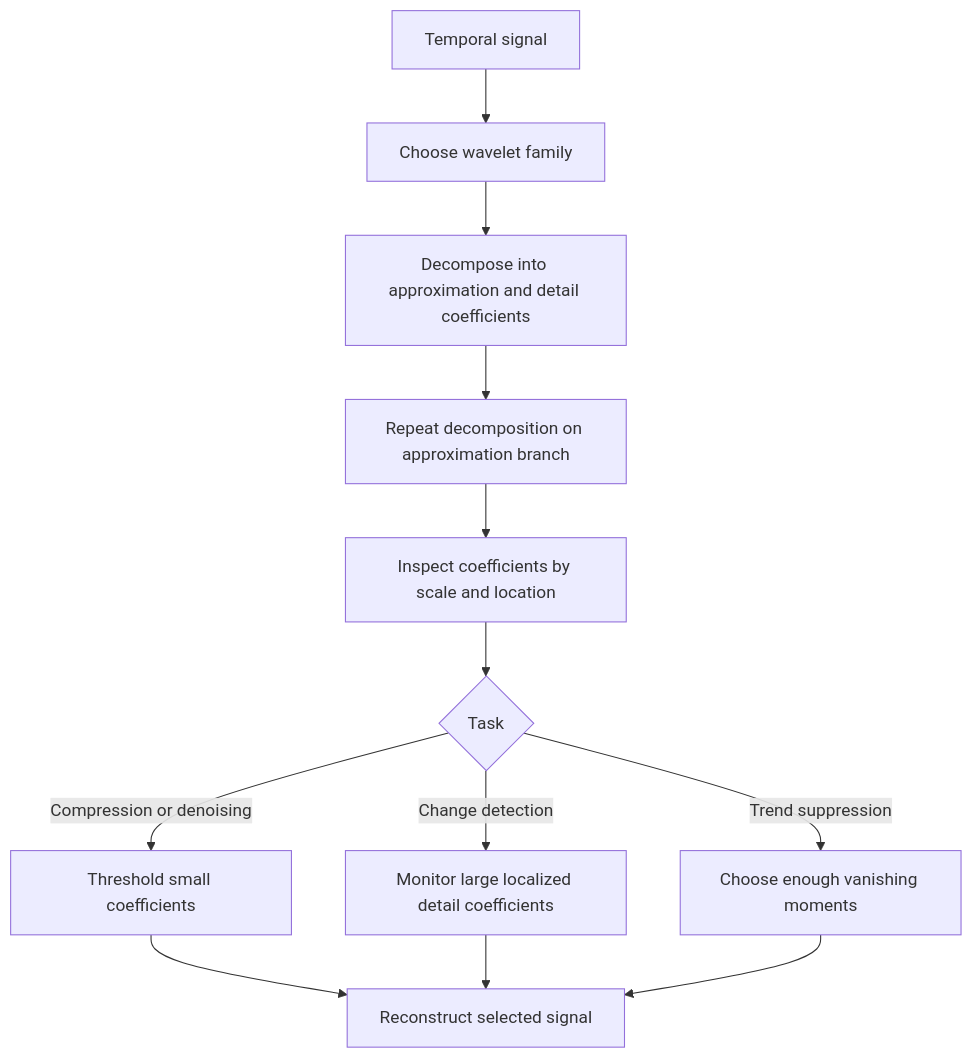
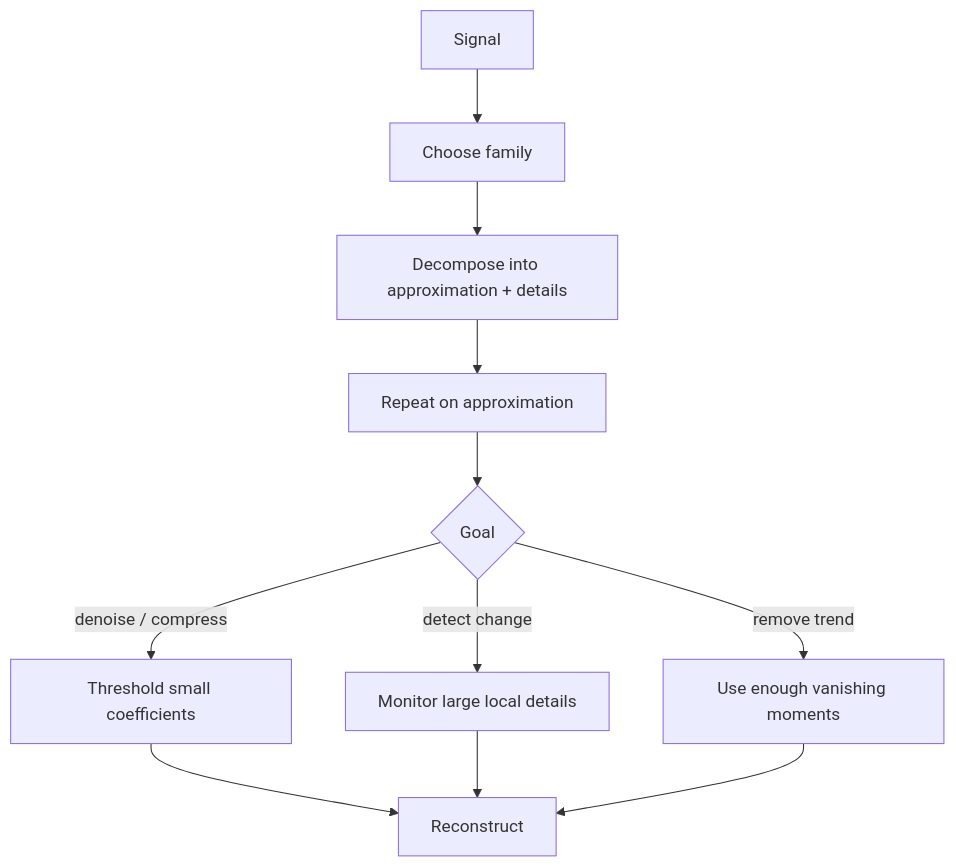
One commit to hhsieh14/AI-courses-notes-reader changed the diagram in courses/modern-temporal-learning/notes/04_wavelets.md. Above: the diagram before and after it, drawn with Mermaid. The commit also changed other lines of this file and 20 other files, not shown here.

````diff
--- a/courses/modern-temporal-learning/notes/04_wavelets.md
+++ b/courses/modern-temporal-learning/notes/04_wavelets.md
@@ -1104,14 +211,13 @@
 ```mermaid
 flowchart TD
-    A[Temporal signal] --> B[Choose wavelet family]
-    B --> C[Decompose into approximation and detail coefficients]
-    C --> D[Repeat decomposition on approximation branch]
-    D --> E[Inspect coefficients by scale and location]
-    E --> F{Task}
-    F -->|Compression or denoising| G[Threshold small coefficients]
-    F -->|Change detection| H[Monitor large localized detail coefficients]
-    F -->|Trend suppression| I[Choose enough vanishing moments]
-    G --> J[Reconstruct selected signal]
-    H --> J
-    I --> J
+    A[Signal] --> B[Choose family]
+    B --> C[Decompose into approximation + details]
+    C --> D[Repeat on approximation]
+    D --> E{Goal}
+    E -->|denoise / compress| F[Threshold small coefficients]
+    E -->|detect change| G[Monitor large local details]
+    E -->|remove trend| H[Use enough vanishing moments]
+    F --> I[Reconstruct]
+    G --> I
+    H --> I
 ```
````
